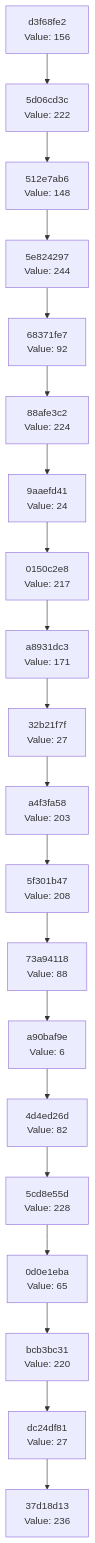
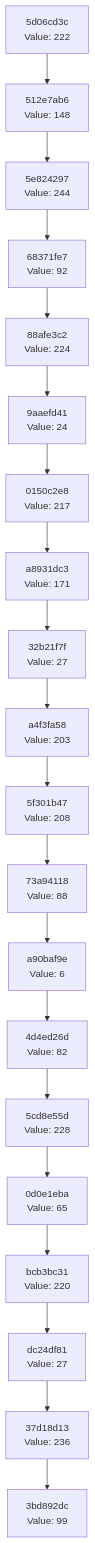
One commit to Abhisheksinha1506/hash-chain-evolver changed the diagram in docs/CHAIN_VISUALIZATION.md. Above: the diagram before and after it, drawn with Mermaid. The commit also changed 2 other files, not shown here.

Commit message:
Evolution Step

````diff
--- a/docs/CHAIN_VISUALIZATION.md
+++ b/docs/CHAIN_VISUALIZATION.md
@@ -3,42 +3,42 @@
 ```mermaid
 graph TD
-    C0["37d18d13<br/>Value: 236"]
-    C1["dc24df81<br/>Value: 27"]
+    C0["3bd892dc<br/>Value: 99"]
+    C1["37d18d13<br/>Value: 236"]
     C1 --> C0
-    C2["bcb3bc31<br/>Value: 220"]
+    C2["dc24df81<br/>Value: 27"]
     C2 --> C1
-    C3["0d0e1eba<br/>Value: 65"]
+    C3["bcb3bc31<br/>Value: 220"]
     C3 --> C2
-    C4["5cd8e55d<br/>Value: 228"]
+    C4["0d0e1eba<br/>Value: 65"]
     C4 --> C3
-    C5["4d4ed26d<br/>Value: 82"]
+    C5["5cd8e55d<br/>Value: 228"]
     C5 --> C4
-    C6["a90baf9e<br/>Value: 6"]
+    C6["4d4ed26d<br/>Value: 82"]
     C6 --> C5
-    C7["73a94118<br/>Value: 88"]
+    C7["a90baf9e<br/>Value: 6"]
     C7 --> C6
-    C8["5f301b47<br/>Value: 208"]
+    C8["73a94118<br/>Value: 88"]
     C8 --> C7
-    C9["a4f3fa58<br/>Value: 203"]
+    C9["5f301b47<br/>Value: 208"]
     C9 --> C8
-    C10["32b21f7f<br/>Value: 27"]
+    C10["a4f3fa58<br/>Value: 203"]
     C10 --> C9
-    C11["a8931dc3<br/>Value: 171"]
+    C11["32b21f7f<br/>Value: 27"]
     C11 --> C10
-    C12["0150c2e8<br/>Value: 217"]
+    C12["a8931dc3<br/>Value: 171"]
     C12 --> C11
-    C13["9aaefd41<br/>Value: 24"]
+    C13["0150c2e8<br/>Value: 217"]
     C13 --> C12
-    C14["88afe3c2<br/>Value: 224"]
+    C14["9aaefd41<br/>Value: 24"]
     C14 --> C13
-    C15["68371fe7<br/>Value: 92"]
+    C15["88afe3c2<br/>Value: 224"]
     C15 --> C14
-    C16["5e824297<br/>Value: 244"]
+    C16["68371fe7<br/>Value: 92"]
     C16 --> C15
-    C17["512e7ab6<br/>Value: 148"]
+    C17["5e824297<br/>Value: 244"]
     C17 --> C16
-    C18["5d06cd3c<br/>Value: 222"]
+    C18["512e7ab6<br/>Value: 148"]
     C18 --> C17
-    C19["d3f68fe2<br/>Value: 156"]
+    C19["5d06cd3c<br/>Value: 222"]
     C19 --> C18
 ```
````
